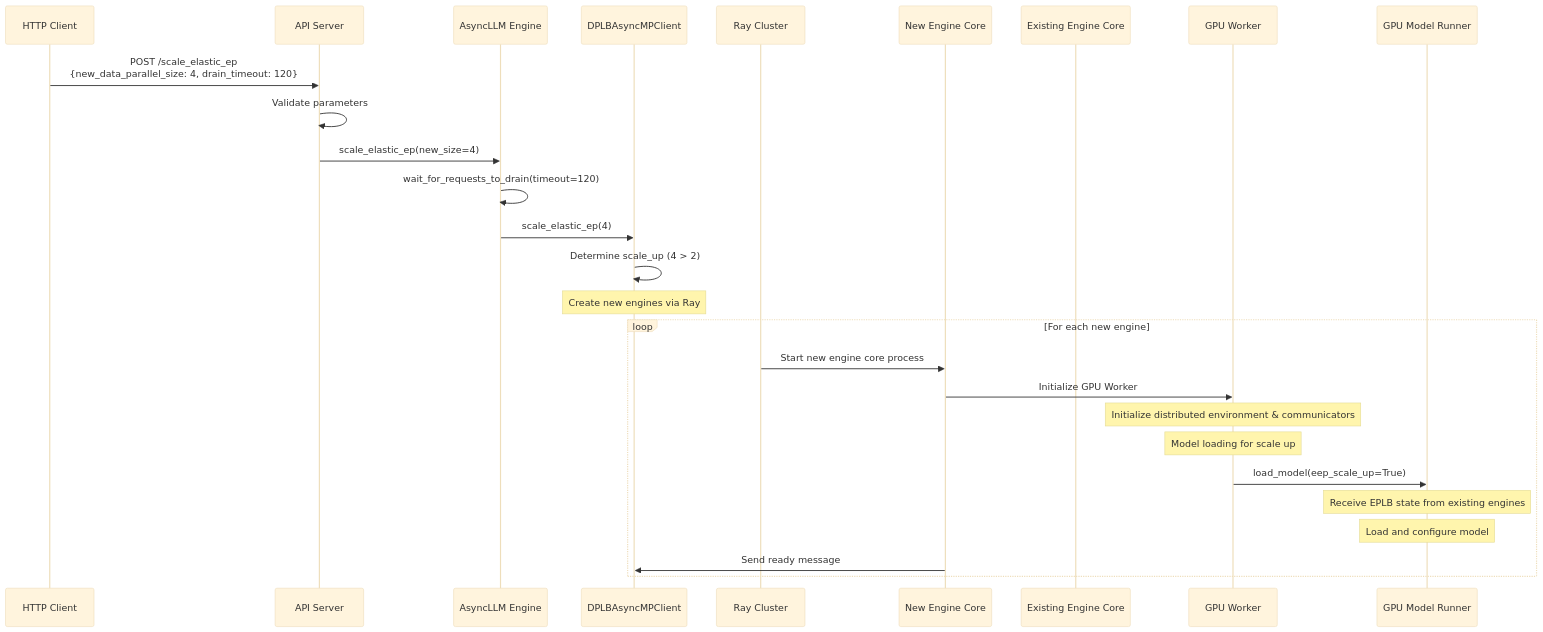
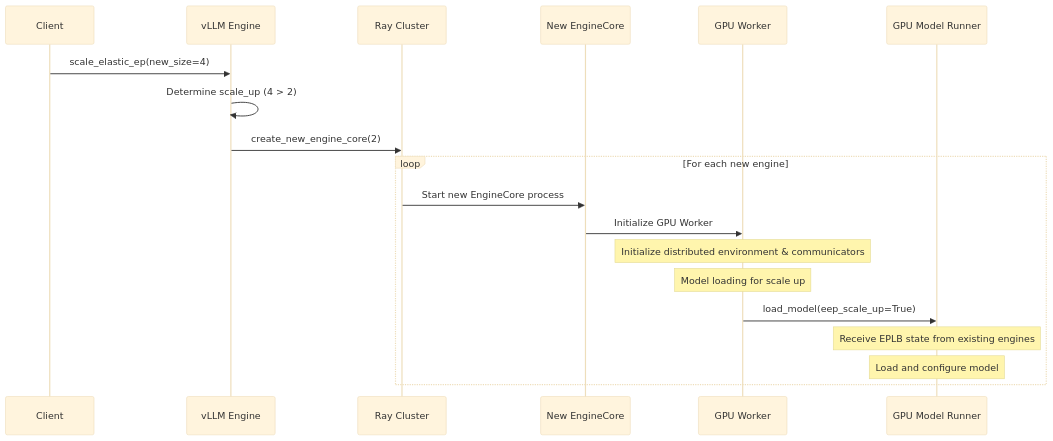
The diagram in detailed_scale_up_new.md (ruisearch42/vllm), drawn with Mermaid (base theme) before and after one commit. The commit also changed 5 other files, not shown here.

````diff
--- a/detailed_scale_up_new.md
+++ b/detailed_scale_up_new.md
@@ -5,37 +5,26 @@
 ```mermaid
 sequenceDiagram
-    participant Client as HTTP Client
-    participant API as API Server
-    participant AsyncLLM as AsyncLLM Engine
-    participant CoreClient as DPLBAsyncMPClient
+    participant Client as Client
+    participant Engine as vLLM Engine
     participant Ray as Ray Cluster
-    participant NewEngine as New Engine Core
-    participant ExistingEngine as Existing Engine Core
+    participant NewEngineCore as New EngineCore
     participant Worker as GPU Worker
     participant ModelRunner as GPU Model Runner
+    
+    Client->>Engine: scale_elastic_ep(new_size=4)
+    Engine->>Engine: Determine scale_up (4 > 2)
 
-    Client->>API: POST /scale_elastic_ep<br/>{new_data_parallel_size: 4, drain_timeout: 120}
-    API->>API: Validate parameters
-    
-    API->>AsyncLLM: scale_elastic_ep(new_size=4)
-    
-    AsyncLLM->>AsyncLLM: wait_for_requests_to_drain(timeout=120)
-    
-    AsyncLLM->>CoreClient: scale_elastic_ep(4)
-    CoreClient->>CoreClient: Determine scale_up (4 > 2)
-
-    Note over CoreClient: Create new engines via Ray   
+    Engine->>Ray: create_new_engine_core(2)  
     loop For each new engine
-        Ray->>NewEngine: Start new engine core process
-        NewEngine->>Worker: Initialize GPU Worker
+        Ray->>NewEngineCore: Start new EngineCore process
+        NewEngineCore->>Worker: Initialize GPU Worker
         Note over Worker: Initialize distributed environment & communicators
         
         Note over Worker: Model loading for scale up
         Worker->>ModelRunner: load_model(eep_scale_up=True)
         Note over ModelRunner: Receive EPLB state from existing engines
         
-        Note over ModelRunner: Load and configure model
-        
-        NewEngine->>CoreClient: Send ready message
+        Note over ModelRunner: Load and configure model        
     end
+
 ```
````
